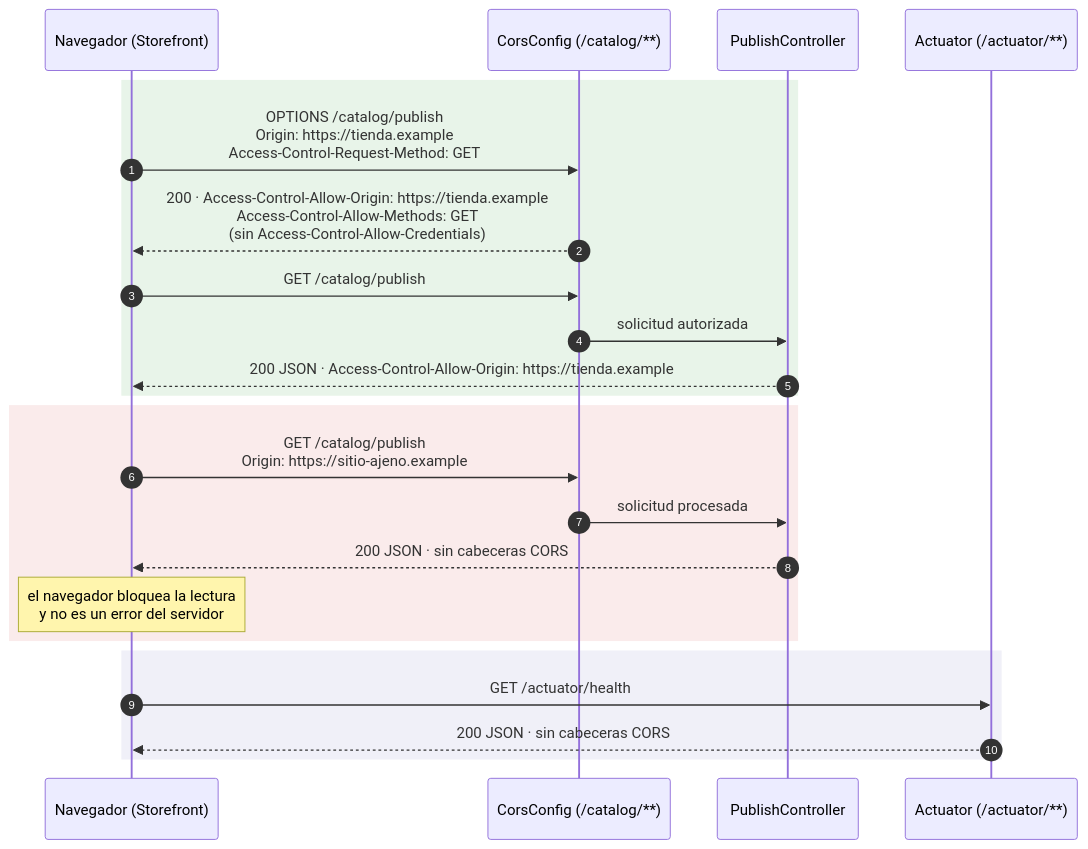
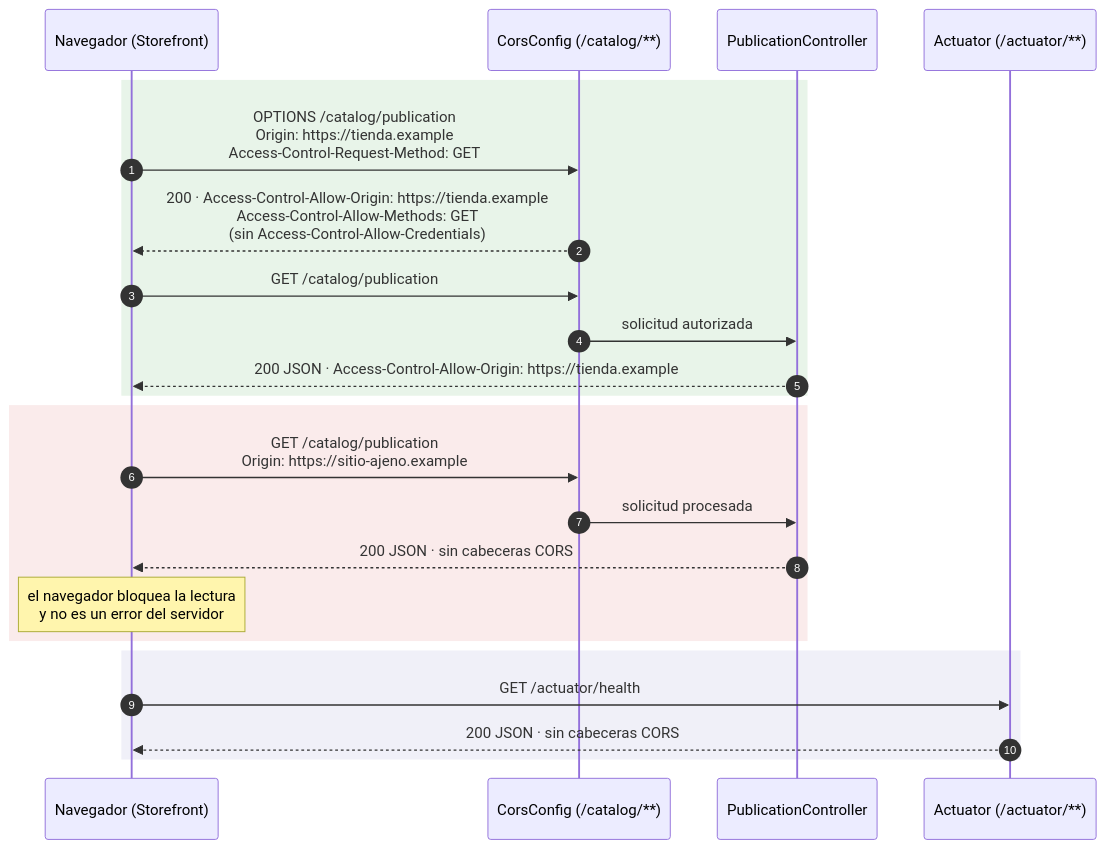
Before and after one commit to Dariosoft/fes-catalog-api: the fourth of 5 diagrams in specs/002-published-products-storefront/uml.md, drawn with Mermaid. The commit also changed other lines of this file and 21 other files, not shown here.

````diff
--- a/specs/002-published-products-storefront/uml.md
+++ b/specs/002-published-products-storefront/uml.md
@@ -311,28 +323,28 @@
 ```mermaid
 sequenceDiagram
   autonumber
   participant B as Navegador (Storefront)
   participant CFG as CorsConfig (/catalog/**)
-  participant C as PublishController
+  participant C as PublicationController
   participant A as Actuator (/actuator/**)
 
   rect rgb(232, 244, 233)
-    B->>CFG: OPTIONS /catalog/publish<br/>Origin: https://tienda.example<br/>Access-Control-Request-Method: GET
+    B->>CFG: OPTIONS /catalog/publication<br/>Origin: https://tienda.example<br/>Access-Control-Request-Method: GET
     CFG-->>B: 200 · Access-Control-Allow-Origin: https://tienda.example<br/>Access-Control-Allow-Methods: GET<br/>(sin Access-Control-Allow-Credentials)
-    B->>CFG: GET /catalog/publish
+    B->>CFG: GET /catalog/publication
     CFG->>C: solicitud autorizada
     C-->>B: 200 JSON · Access-Control-Allow-Origin: https://tienda.example
   end
 
   rect rgb(250, 235, 235)
-    B->>CFG: GET /catalog/publish<br/>Origin: https://sitio-ajeno.example
+    B->>CFG: GET /catalog/publication<br/>Origin: https://sitio-ajeno.example
     CFG->>C: solicitud procesada
     C-->>B: 200 JSON · sin cabeceras CORS
     Note over B: el navegador bloquea la lectura<br/>y no es un error del servidor
   end
 
   rect rgb(240, 240, 248)
     B->>A: GET /actuator/health
     A-->>B: 200 JSON · sin cabeceras CORS
   end
 ```
````
